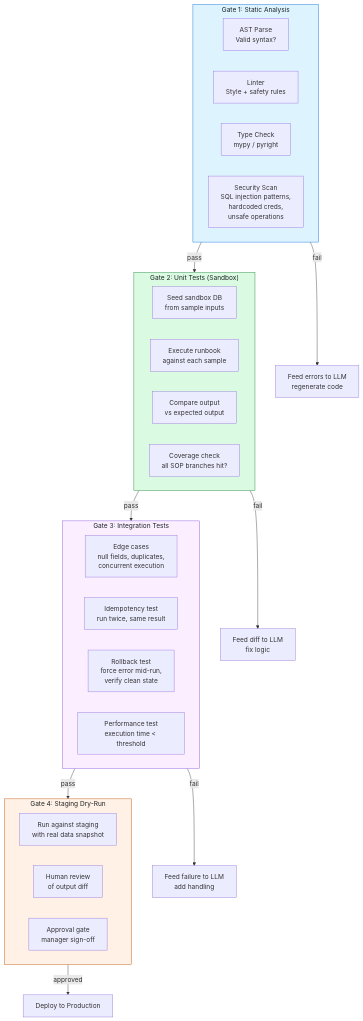
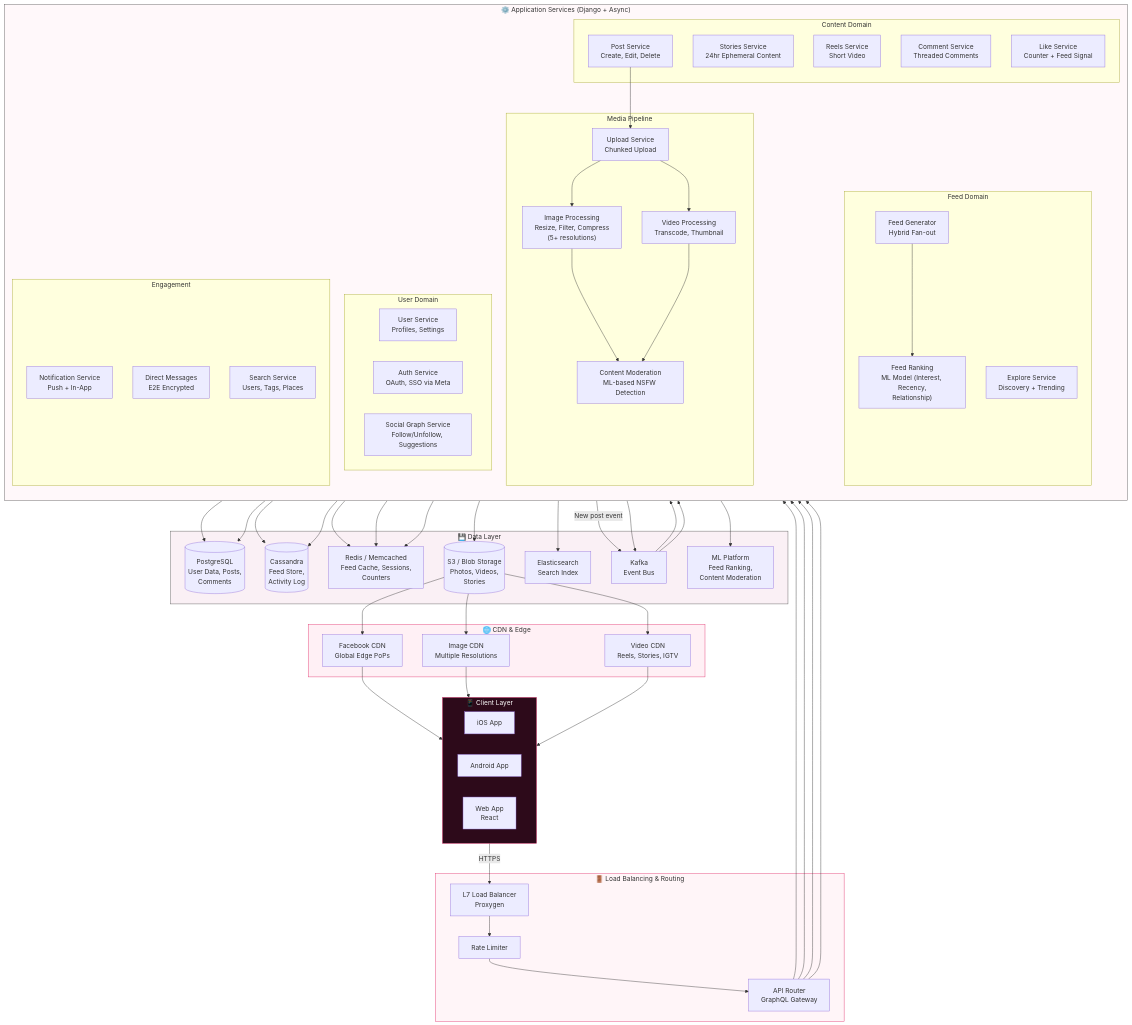
Diagram 11 of 14 in README.md (KiZamaDo/KiZamaDo.github.io), drawn with Mermaid before and after one commit. The commit also changed other lines of this file, not shown here.

Commit message:
changed code

```diff
--- a/README.md
+++ b/README.md
@@ -428,43 +1314,90 @@
-  <div class="mermaid">
+        <pre class="mermaid">
 graph TB
-    subgraph Gate1["Gate 1: Static Analysis"]
-        AST["AST Parse<br/>Valid syntax?"]
-        LINT["Linter<br/>Style + safety rules"]
-        TYPE["Type Check<br/>mypy / pyright"]
-        SEC["Security Scan<br/>SQL injection patterns,<br/>hardcoded creds,<br/>unsafe operations"]
+    subgraph Clients["📱 Client Layer"]
+        iOSApp["iOS App"]
+        AndroidApp["Android App"]
+        WebApp2["Web App<br/>React"]
     end
 
-    subgraph Gate2["Gate 2: Unit Tests (Sandbox)"]
-        SEED["Seed sandbox DB<br/>from sample inputs"]
-        EXEC["Execute runbook<br/>against each sample"]
-        COMPARE["Compare output<br/>vs expected output"]
-        COVERAGE["Coverage check<br/>all SOP branches hit?"]
+    subgraph EdgeCDN2["🌐 CDN &amp; Edge"]
+        FBCDN["Facebook CDN<br/>Global Edge PoPs"]
+        ImgCDN["Image CDN<br/>Multiple Resolutions"]
+        VideoCDN["Video CDN<br/>Reels, Stories, IGTV"]
     end
 
-    subgraph Gate3["Gate 3: Integration Tests"]
-        EDGE["Edge cases<br/>null fields, duplicates,<br/>concurrent execution"]
-        IDEM["Idempotency test<br/>run twice, same result"]
-        ROLLBACK_T["Rollback test<br/>force error mid-run,<br/>verify clean state"]
-        PERF["Performance test<br/>execution time < threshold"]
+    subgraph LBLayer["🚪 Load Balancing &amp; Routing"]
+        LB2["L7 Load Balancer<br/>Proxygen"]
+        APIRoute["API Router<br/>GraphQL Gateway"]
+        RateLimit2["Rate Limiter"]
     end
 
-    subgraph Gate4["Gate 4: Staging Dry-Run"]
-        LIVE_DATA["Run against staging<br/>with real data snapshot"]
-        HUMAN["Human review<br/>of output diff"]
-        APPROVE["Approval gate<br/>manager sign-off"]
+    subgraph AppServices["⚙️ Application Services (Django + Async)"]
+        direction TB
+        subgraph UserDomain["User Domain"]
+            UserSvc2["User Service<br/>Profiles, Settings"]
+            AuthSvc2["Auth Service<br/>OAuth, SSO via Meta"]
+            FollowSvc["Social Graph Service<br/>Follow/Unfollow, Suggestions"]
+        end
+        subgraph ContentDomain2["Content Domain"]
+            PostSvc["Post Service<br/>Create, Edit, Delete"]
+            StorySvc["Stories Service<br/>24hr Ephemeral Content"]
+            ReelsSvc["Reels Service<br/>Short Video"]
+            CommentSvc["Comment Service<br/>Threaded Comments"]
+            LikeSvc["Like Service<br/>Counter + Feed Signal"]
+        end
+        subgraph FeedDomain["Feed Domain"]
+            FeedGen["Feed Generator<br/>Hybrid Fan-out"]
+            FeedRank["Feed Ranking<br/>ML Model (Interest, Recency,<br/>Relationship)"]
+            ExploreSvc["Explore Service<br/>Discovery + Trending"]
+        end
+        subgraph MediaPipeline2["Media Pipeline"]
+            Upload["Upload Service<br/>Chunked Upload"]
+            ImgProcess["Image Processing<br/>Resize, Filter, Compress<br/>(5+ resolutions)"]
+            VidProcess["Video Processing<br/>Transcode, Thumbnail"]
+            ContentMod["Content Moderation<br/>ML-based NSFW Detection"]
+        end
+        subgraph Engagement["Engagement"]
+            NotifSvc["Notification Service<br/>Push + In-App"]
+            DMSvc["Direct Messages<br/>E2E Encrypted"]
+            SearchSvc2["Search Service<br/>Users, Tags, Places"]
+        end
     end
 
-    Gate1 -->|"pass"| Gate2
-    Gate2 -->|"pass"| Gate3
-    Gate3 -->|"pass"| Gate4
-    Gate4 -->|"approved"| DEPLOY["Deploy to Production"]
+    subgraph DataLayer2["💾 Data Layer"]
+        PostgreSQL2[("PostgreSQL<br/>User Data, Posts,<br/>Comments")]
+        Cassandra2[("Cassandra<br/>Feed Store,<br/>Activity Log")]
+        Redis3["Redis / Memcached<br/>Feed Cache, Sessions,<br/>Counters"]
+        S3Store2[("S3 / Blob Storage<br/>Photos, Videos,<br/>Stories")]
+        ES["Elasticsearch<br/>Search Index"]
+        Kafka3["Kafka<br/>Event Bus"]
+        ML["ML Platform<br/>Feed Ranking,<br/>Content Moderation"]
+    end
 
-    Gate1 -->|"fail"| FIX1["Feed errors to LLM<br/>regenerate code"]
-    Gate2 -->|"fail"| FIX2["Feed diff to LLM<br/>fix logic"]
-    Gate3 -->|"fail"| FIX3["Feed failure to LLM<br/>add handling"]
+    Clients -->|"HTTPS"| LB2
+    LB2 --> RateLimit2 --> APIRoute
+    APIRoute --> UserDomain & ContentDomain2 & FeedDomain & Engagement
+    PostSvc --> Upload
+    Upload --> ImgProcess & VidProcess
+    ImgProcess & VidProcess --> ContentMod
+    ContentMod --> S3Store2
+    S3Store2 --> FBCDN & ImgCDN & VideoCDN
+    FBCDN & ImgCDN & VideoCDN --> Clients
 
-    style Gate1 fill:#ddf4ff,stroke:#0969da,color:#1f2328
-    style Gate2 fill:#dafbe1,stroke:#1a7f37,color:#1f2328
-    style Gate3 fill:#fbefff,stroke:#8250df,color:#1f2328
-    style Gate4 fill:#fff1e5,stroke:#bc4c00,color:#1f2328
-  </div>
+    FeedGen --> FeedRank
+    FeedRank --> ML
+    PostSvc -->|"New post event"| Kafka3
+    Kafka3 --> FeedGen
+    Kafka3 --> NotifSvc
+
+    UserDomain --> PostgreSQL2 & Redis3
+    ContentDomain2 --> PostgreSQL2 & Cassandra2
+    FeedDomain --> Cassandra2 & Redis3
+    SearchSvc2 --> ES
+    Engagement --> Redis3 & Kafka3
+
+    style Clients fill:#2d0a1a,stroke:#e1306c,color:#fff
+    style EdgeCDN2 fill:#fff0f5,stroke:#e1306c,color:#333
+    style LBLayer fill:#fff5f8,stroke:#e1306c,color:#333
+    style AppServices fill:#fff8fa,stroke:#555,color:#333
+    style DataLayer2 fill:#faf0f5,stroke:#555,color:#333
+        </pre>
```
